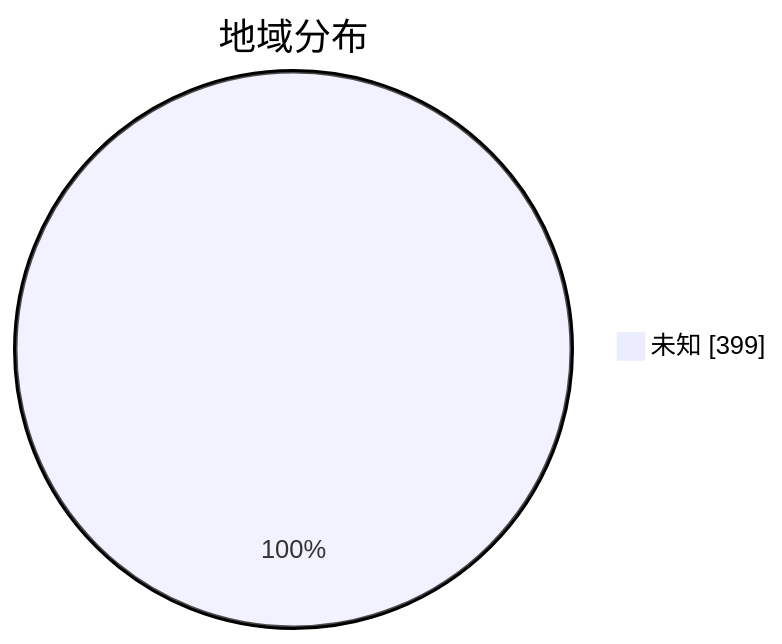
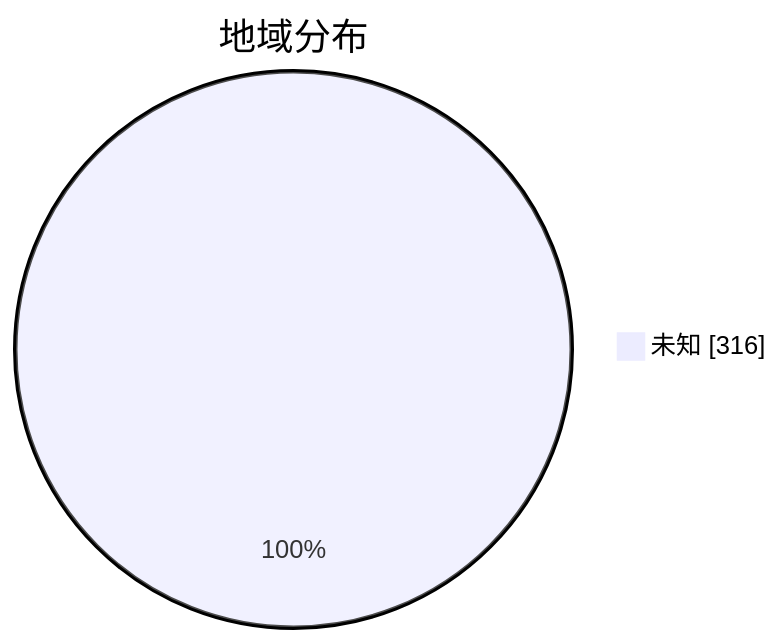
The second of 3 diagrams in subs/statistics/tested_within.md (qjlxg/airport), drawn with Mermaid before and after one commit. The commit also changed other lines of this file and 2 other files, not shown here.

````diff
--- a/subs/statistics/tested_within.md
+++ b/subs/statistics/tested_within.md
@@ -14,5 +14,5 @@
 ```mermaid
 pie showData
 title 地域分布
-"未知" : 399
+"未知" : 316
 ```
````
